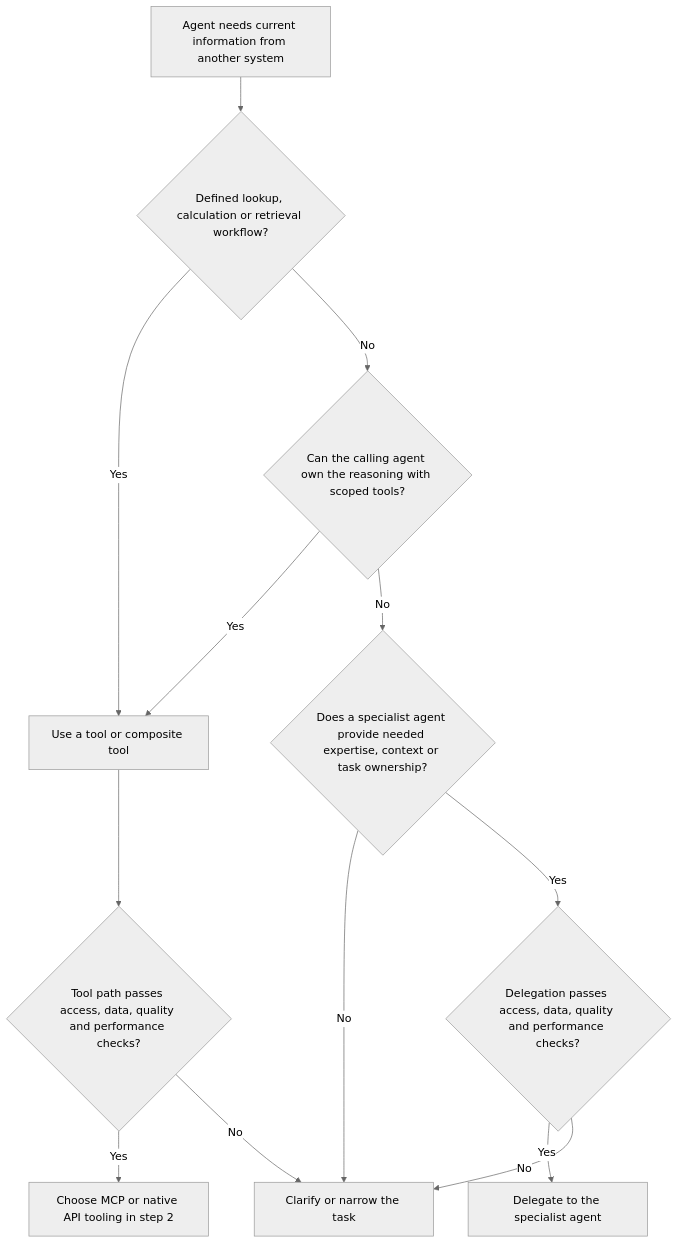
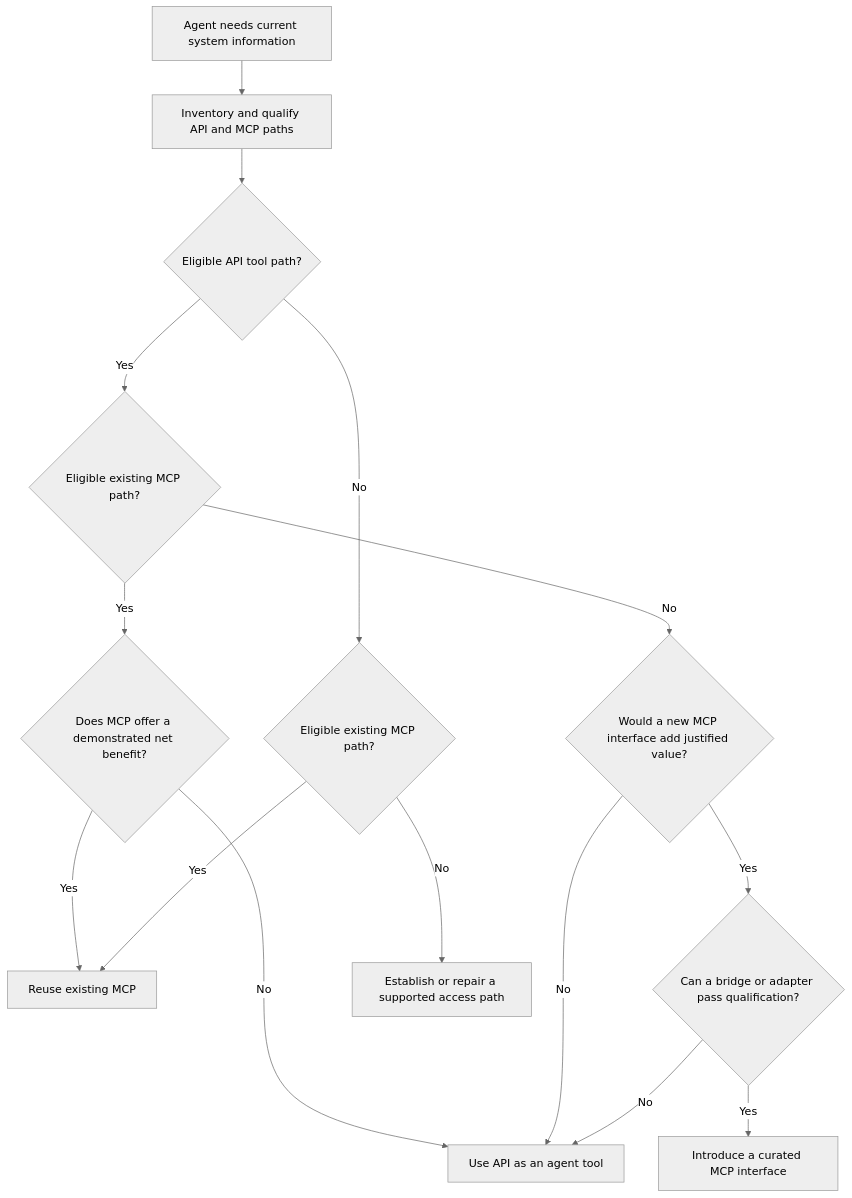
The diagram in docs/decision-tree.md (vishalahire/mcp-for-enterprise), drawn with Mermaid (neutral theme) before and after one commit. The commit also changed other lines of this file and 7 other files, not shown here.

Commit message:
Reframe agent integration guidance around API and MCP choices

````diff
--- a/docs/decision-tree.md
+++ b/docs/decision-tree.md
@@ -11,16 +30,17 @@
 ```mermaid
 flowchart TD
-    A["Agent needs current information from another system"]
-    A --> B{"Defined lookup, calculation or retrieval workflow?"}
-    B -->|Yes| T["Use a tool or composite tool"]
-    B -->|No| C{"Can the calling agent own the reasoning with scoped tools?"}
-    C -->|Yes| T
-    C -->|No| D{"Does a specialist agent provide needed expertise, context or task ownership?"}
-    D -->|No| R["Clarify or narrow the task"]
-    D -->|Yes| E{"Delegation passes access, data, quality and performance checks?"}
-    E -->|Yes| F["Delegate to the specialist agent"]
-    E -->|No| R
-    T --> G{"Tool path passes access, data, quality and performance checks?"}
-    G -->|Yes| H["Choose MCP or native API tooling in step 2"]
-    G -->|No| R
+    S["Agent needs current system information"] --> Q["Inventory and qualify API and MCP paths"]
+    Q --> A{"Eligible API tool path?"}
+    A -->|Yes| M{"Eligible existing MCP path?"}
+    M -->|Yes| C{"Does MCP offer a demonstrated net benefit?"}
+    C -->|Yes| R["Reuse existing MCP"]
+    C -->|No| D["Use API as an agent tool"]
+    M -->|No| B{"Would a new MCP interface add justified value?"}
+    B -->|No| D
+    B -->|Yes| V{"Can a bridge or adapter pass qualification?"}
+    V -->|Yes| N["Introduce a curated MCP interface"]
+    V -->|No| D
+    A -->|No| E{"Eligible existing MCP path?"}
+    E -->|Yes| R
+    E -->|No| F["Establish or repair a supported access path"]
 ```
````
